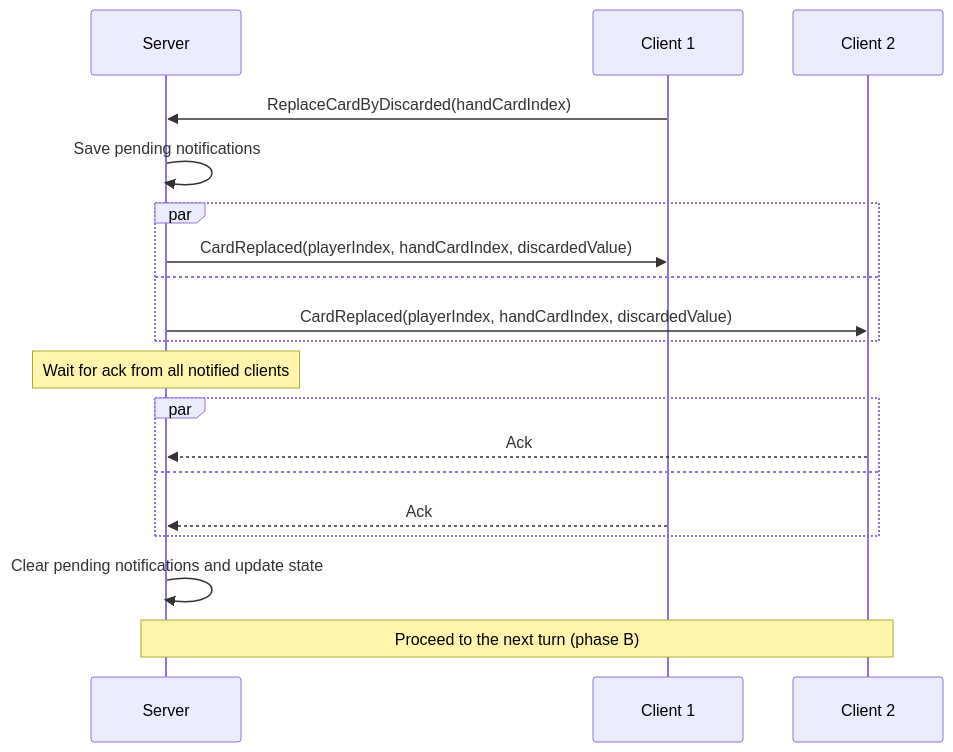
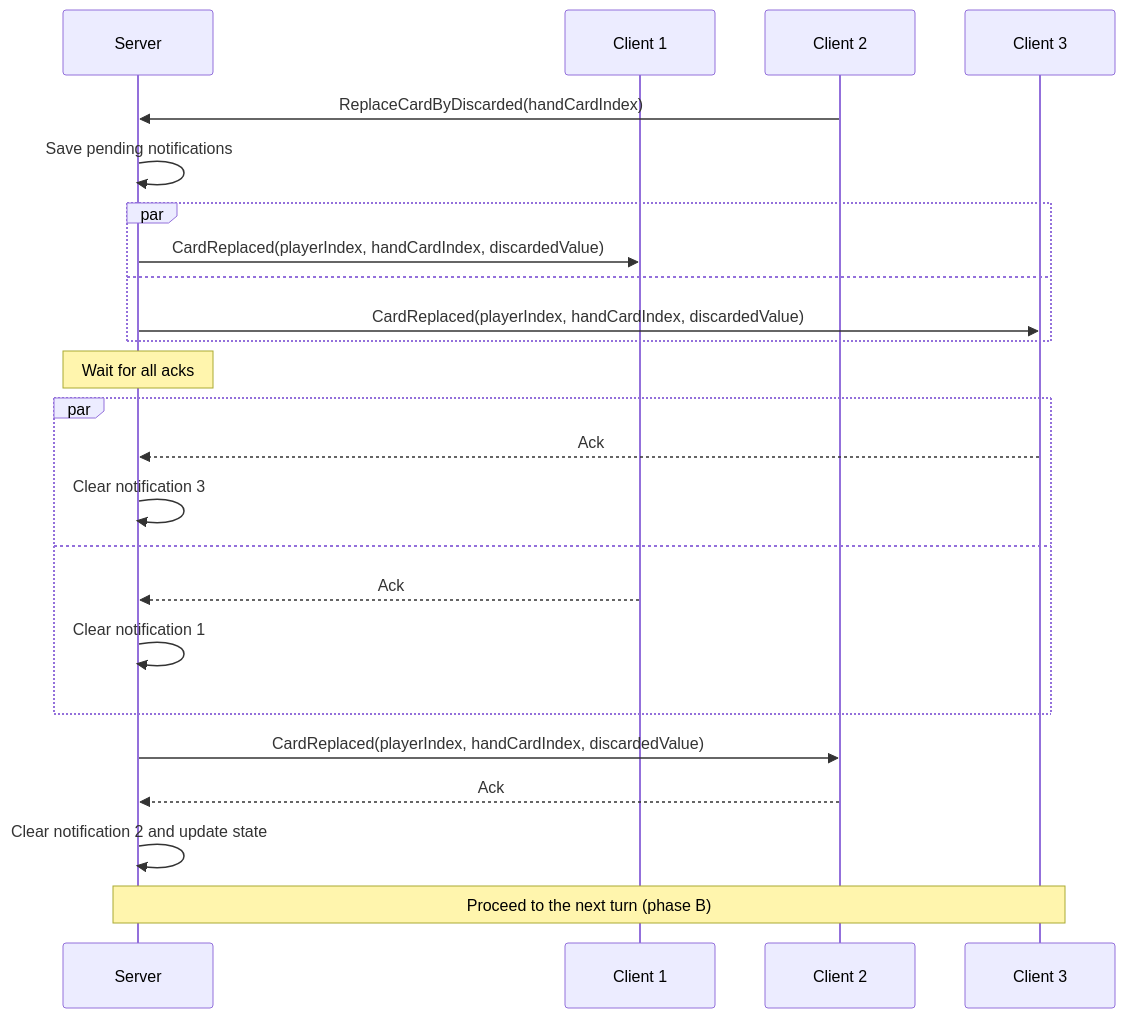
Before and after one commit to roman-zubarevich/another: the fifth of 15 diagrams in README.md, drawn with Mermaid. The commit also changed other lines of this file, not shown here.

````diff
--- a/README.md
+++ b/README.md
@@ -117,21 +134,26 @@
 ```mermaid
 sequenceDiagram
     participant S as Server
     participant C1 as Client 1
     participant C2 as Client 2
-    C1->>S: ReplaceCardByDiscarded(handCardIndex)
+    participant C3 as Client 3
+    C2->>S: ReplaceCardByDiscarded(handCardIndex)
     S->>S: Save pending notifications
     par
         S->>C1: CardReplaced(playerIndex, handCardIndex, discardedValue)
     and
-        S->>C2: CardReplaced(playerIndex, handCardIndex, discardedValue)
+        S->>C3: CardReplaced(playerIndex, handCardIndex, discardedValue)
     end
-    Note over S: Wait for ack from all notified clients
+    Note over S: Wait for all acks
     par
-        C2-->>S: Ack
+        C3-->>S: Ack
+        S->>S: Clear notification 3
     and
         C1-->>S: Ack
+        S->>S: Clear notification 1
     end
-    S->>S: Clear pending notifications and update state
-    Note over S,C2: Proceed to the next turn (phase B)
+    S->>C2: CardReplaced(playerIndex, handCardIndex, discardedValue)
+    C2-->>S: Ack
+    S->>S: Clear notification 2 and update state
+    Note over S,C3: Proceed to the next turn (phase B)
 ```
````
